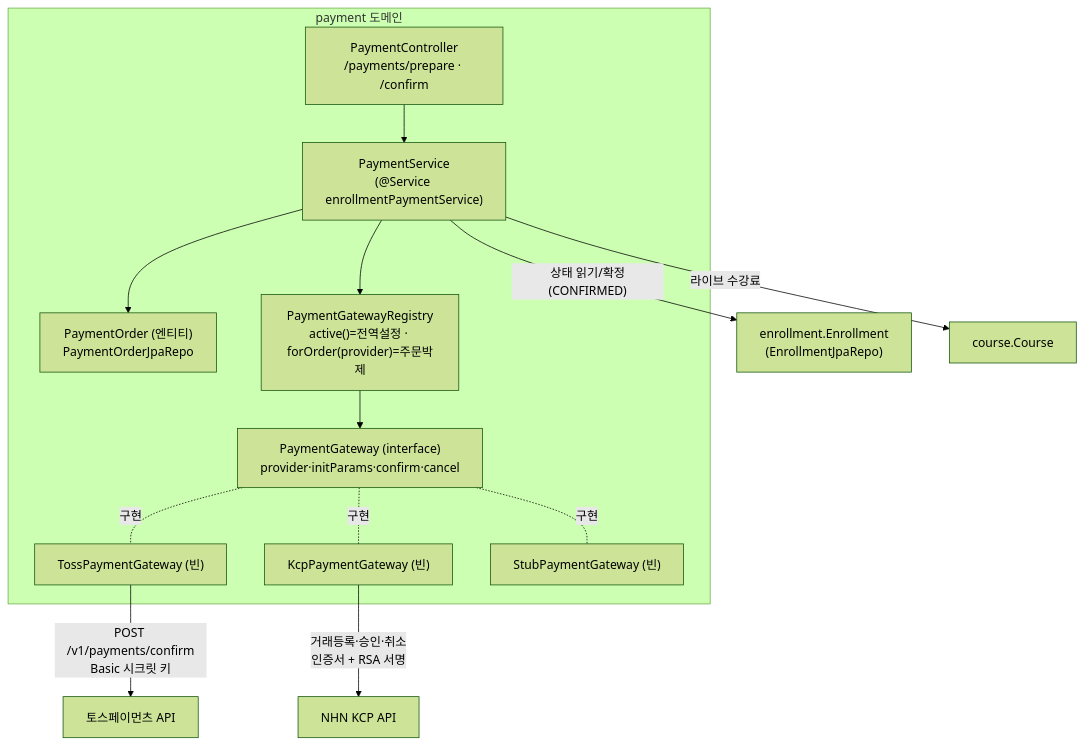
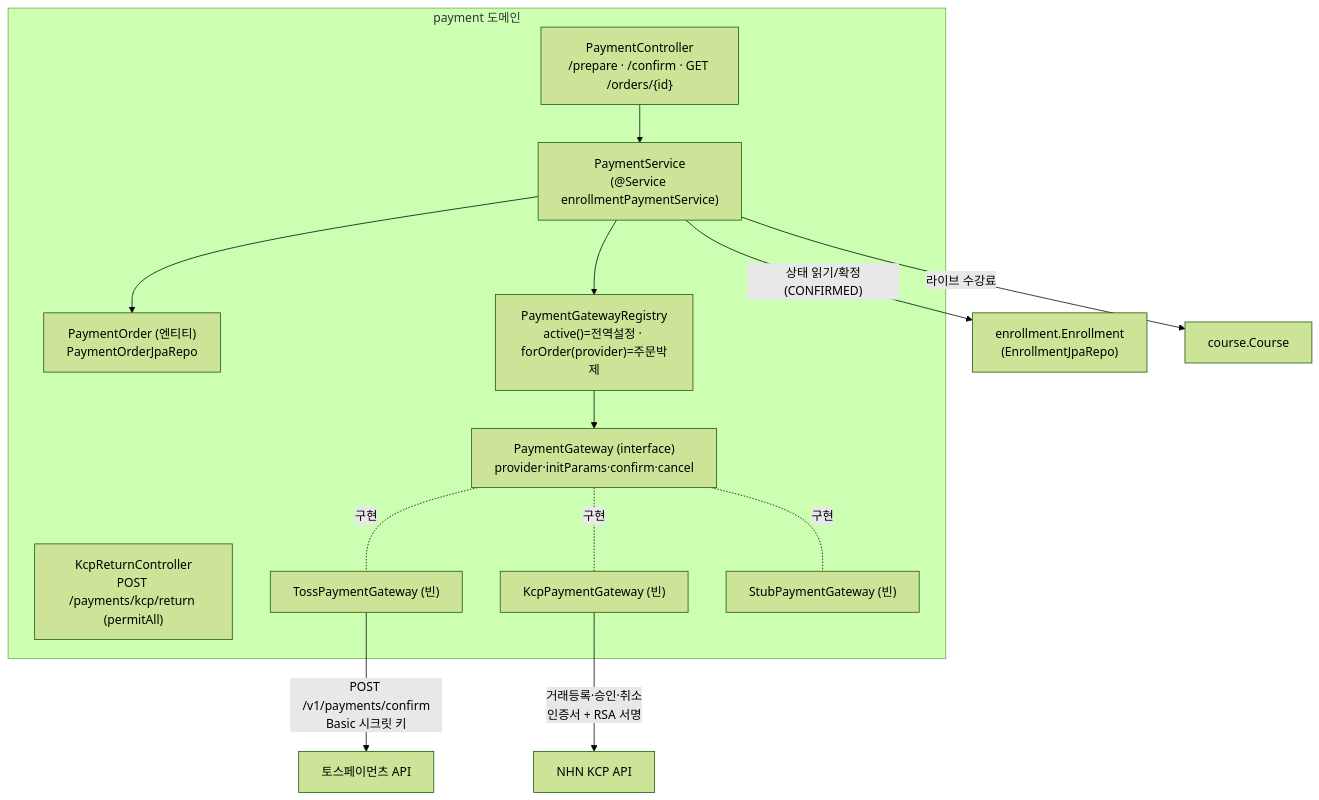
Before and after one commit to pungdong/Pungdong-Backend: the first of 3 diagrams in docs/architecture/payment.md, drawn with Mermaid (forest theme). The commit also changed other lines of this file and 15 other files, not shown here.

First line of the commit message:
Feat: KCP=BE 콜백(Ret_URL) + client 필드 + 주문 상세조회 (FE 핑퐁 #1~#3)

````diff
--- a/docs/architecture/payment.md
+++ b/docs/architecture/payment.md
@@ -11,24 +11,25 @@
 ```mermaid
 flowchart TB
     subgraph payment["payment 도메인"]
-        Ctl["PaymentController<br/>/payments/prepare · /confirm"]
+        Ctl["PaymentController<br/>/prepare · /confirm · GET /orders/{id}"]
+        KcpRet["KcpReturnController<br/>POST /payments/kcp/return (permitAll)"]
         Svc["PaymentService<br/>(@Service enrollmentPaymentService)"]
         Order["PaymentOrder (엔티티)<br/>PaymentOrderJpaRepo"]
         Reg["PaymentGatewayRegistry<br/>active()=전역설정 · forOrder(provider)=주문박제"]
         Client["PaymentGateway (interface)<br/>provider·initParams·confirm·cancel"]
         Toss1["TossPaymentGateway (빈)"]
         Kcp["KcpPaymentGateway (빈)"]
         Stub["StubPaymentGateway (빈)"]
     end
     Ctl --> Svc
     Svc --> Order
     Svc --> Reg
     Reg --> Client
     Client -. 구현 .- Toss1
     Client -. 구현 .- Kcp
     Client -. 구현 .- Stub
     Svc -- "상태 읽기/확정(CONFIRMED)" --> Enr["enrollment.Enrollment<br/>(EnrollmentJpaRepo)"]
     Svc -- "라이브 수강료" --> Course["course.Course"]
     Toss1 -- "POST /v1/payments/confirm<br/>Basic 시크릿 키" --> TossApi["토스페이먼츠 API"]
     Kcp -- "거래등록·승인·취소<br/>인증서 + RSA 서명" --> KcpApi["NHN KCP API"]
 ```
````
